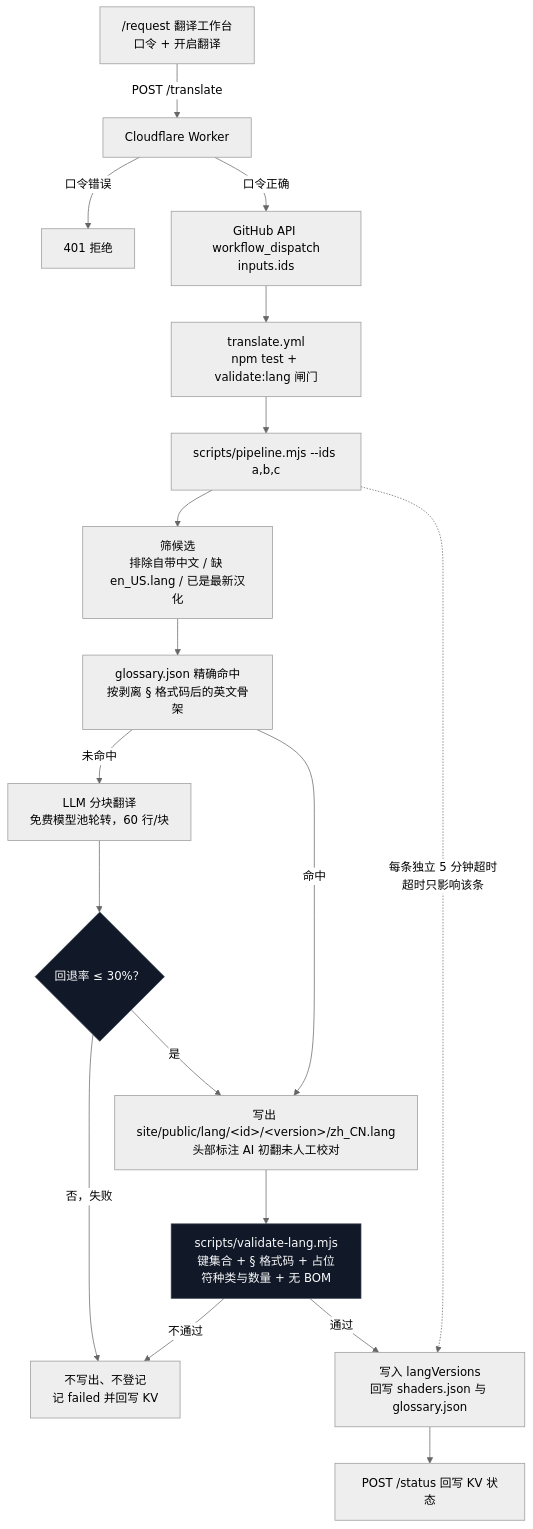
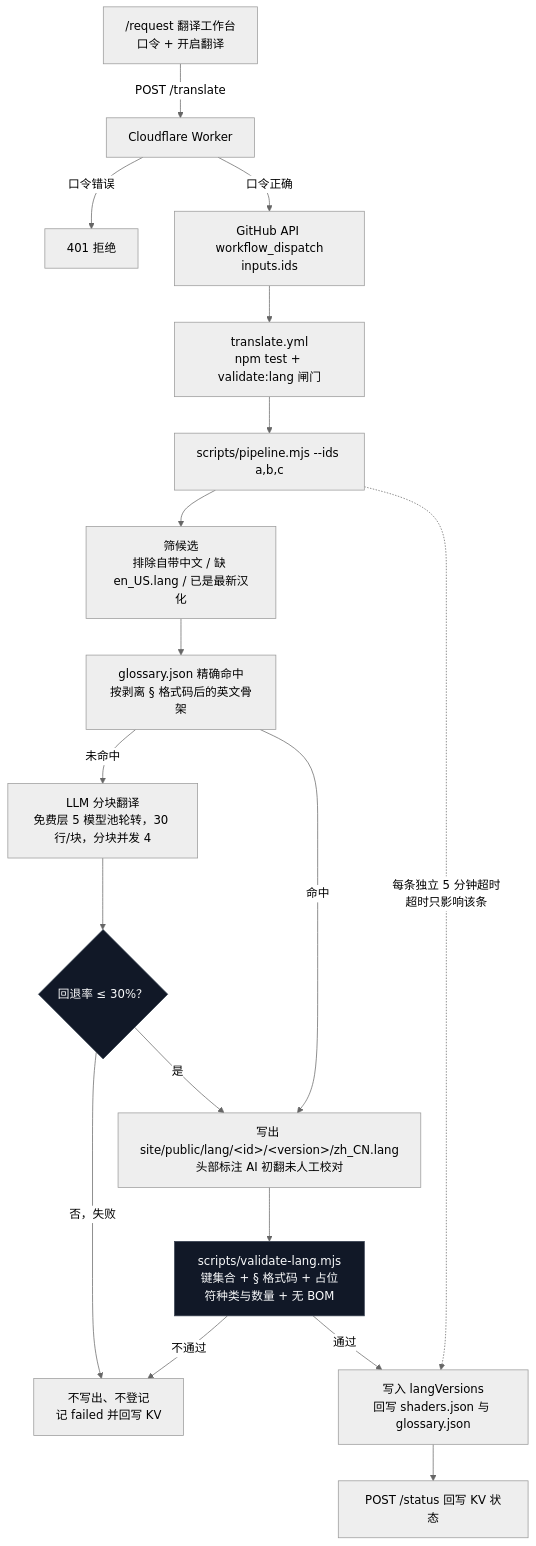
The second of 5 diagrams in FLOW.md (Kalloer1/shader-i18n-site), drawn with Mermaid (neutral theme) before and after one commit. The commit also changed 33 other files, not shown here.

````diff
--- a/FLOW.md
+++ b/FLOW.md
@@ -40,25 +40,25 @@
 ```mermaid
 flowchart TD
     SITE["/request 翻译工作台<br/>口令 + 开启翻译"] -->|"POST /translate"| WK["Cloudflare Worker"]
     WK -->|"口令错误"| UNAUTH["401 拒绝"]
     WK -->|"口令正确"| DISPATCH["GitHub API workflow_dispatch<br/>inputs.ids"]
     DISPATCH --> TY["translate.yml<br/>npm test + validate:lang 闸门"]
     TY --> CLI["scripts/pipeline.mjs --ids a,b,c"]
 
     CLI --> CAND["筛候选<br/>排除自带中文 / 缺 en_US.lang / 已是最新汉化"]
     CAND --> GL["glossary.json 精确命中<br/>按剥离 § 格式码后的英文骨架"]
-    GL -->|"未命中"| LLM["LLM 分块翻译<br/>免费模型池轮转，60 行/块"]
+    GL -->|"未命中"| LLM["LLM 分块翻译<br/>免费层 5 模型池轮转，30 行/块，分块并发 4"]
     LLM --> GATE{"回退率 ≤ 30%？"}
     GATE -->|"否，失败"| FAIL["不写出、不登记<br/>记 failed 并回写 KV"]
     GATE -->|"是"| W["写出 site/public/lang/&lt;id&gt;/&lt;version&gt;/zh_CN.lang<br/>头部标注 AI 初翻未人工校对"]
     GL -->|"命中"| W
     W --> V["scripts/validate-lang.mjs<br/>键集合 + § 格式码 + 占位符种类与数量 + 无 BOM"]
     V -->|"不通过"| FAIL
     V -->|"通过"| REG["写入 langVersions<br/>回写 shaders.json 与 glossary.json"]
 
     CLI -.->|"每条独立 5 分钟超时<br/>超时只影响该条"| REG
     REG --> ST["POST /status 回写 KV 状态"]
 
     style GATE fill:#111827,stroke:#374151,color:#f9fafb
     style V fill:#111827,stroke:#374151,color:#f9fafb
 ```
````
